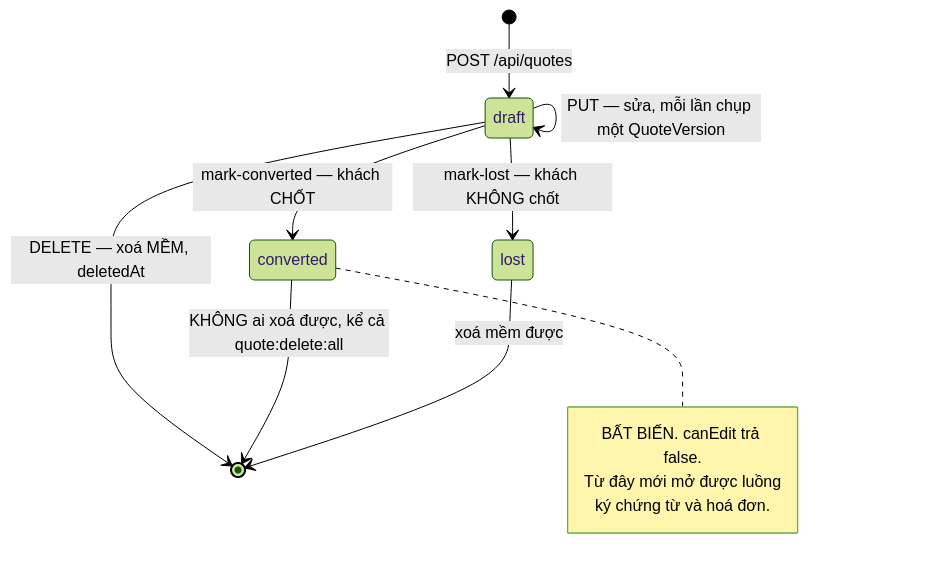
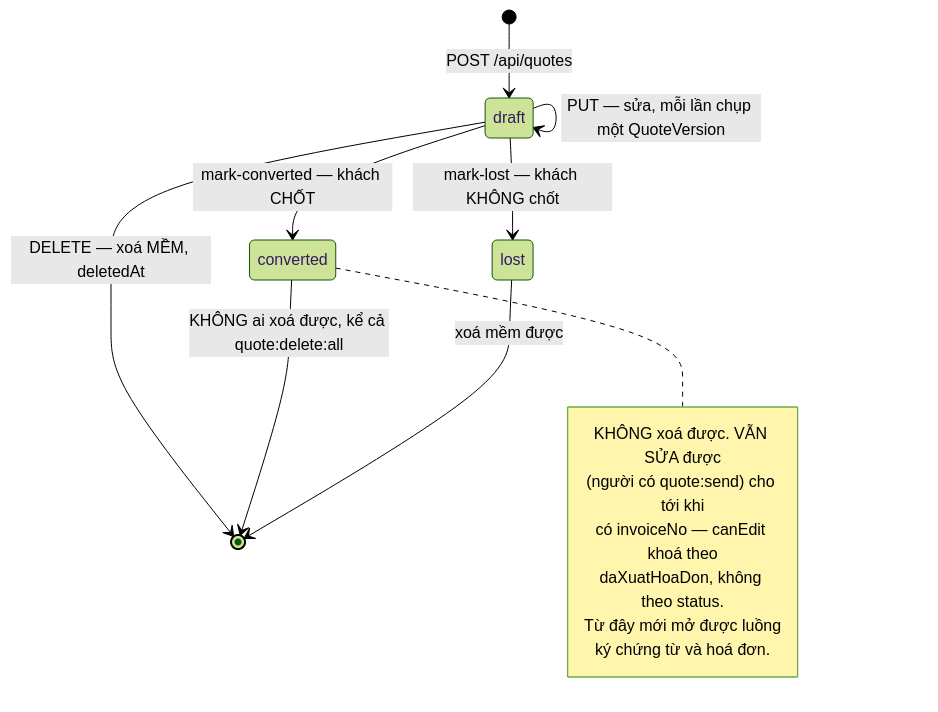
One commit to ndh0408/quanly-baogia changed the first of 3 diagrams in docs/architecture/diagrams/quote-lifecycle.md. Above: the diagram before and after it, drawn with Mermaid (forest theme). The commit also changed other lines of this file and 26 other files, not shown here.

````diff
--- a/docs/architecture/diagrams/quote-lifecycle.md
+++ b/docs/architecture/diagrams/quote-lifecycle.md
@@ -10,17 +10,20 @@
 ```mermaid
 stateDiagram-v2
     [*] --> draft: POST /api/quotes
     draft --> draft: PUT — sửa, mỗi lần chụp một QuoteVersion
     draft --> converted: mark-converted — khách CHỐT
     draft --> lost: mark-lost — khách KHÔNG chốt
     draft --> [*]: DELETE — xoá MỀM, deletedAt
 
     converted --> [*]: KHÔNG ai xoá được, kể cả quote:delete:all
     lost --> [*]: xoá mềm được
 
     note right of converted
-        BẤT BIẾN. canEdit trả false.
+        KHÔNG xoá được. VẪN SỬA được
+        (người có quote:send) cho tới khi
+        có invoiceNo — canEdit khoá theo
+        daXuatHoaDon, không theo status.
         Từ đây mới mở được luồng
         ký chứng từ và hoá đơn.
     end note
 ```
````
